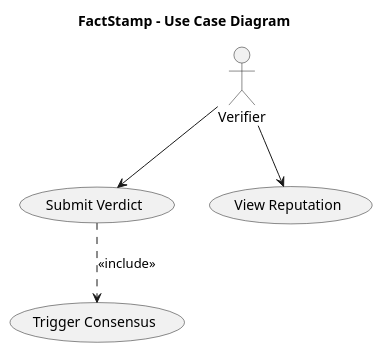
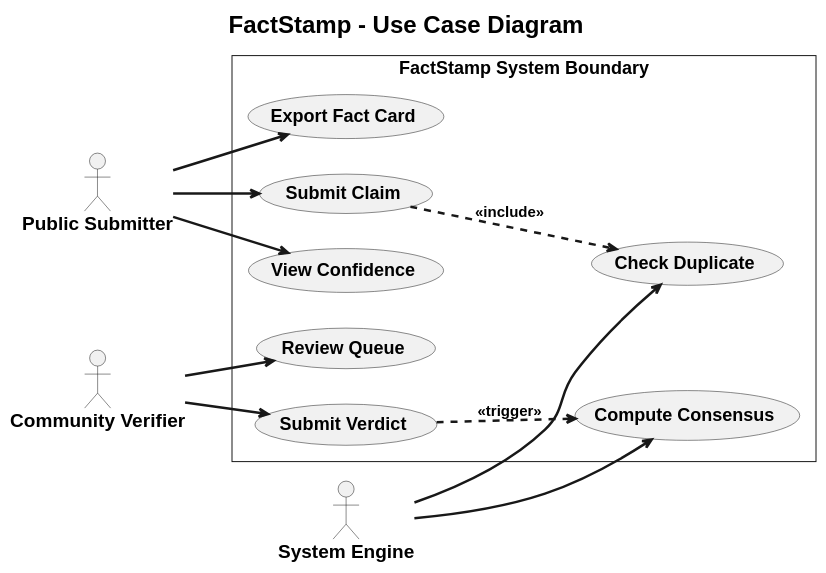
One commit to aadish0day/typst changed the tenth of 12 diagrams in FactStamp/Rules/Diagram-rules.md. Above: the diagram before and after it, drawn with PlantUML. The commit also changed other lines of this file and 67 other files, not shown here.

````diff
--- a/FactStamp/Rules/Diagram-rules.md
+++ b/FactStamp/Rules/Diagram-rules.md
@@ -334,19 +413,45 @@
 ```plantuml
 @startuml
 skinparam style strictuml
 skinparam monochrome true
-skinparam defaultFontName "Times New Roman"
+skinparam defaultFontName "Liberation Sans"
+skinparam defaultFontSize 18
+skinparam defaultFontStyle bold
+skinparam titleFontSize 24
+skinparam titleFontStyle bold
+skinparam ArrowThickness 2.5
+skinparam ArrowFontSize 15
+skinparam ArrowFontStyle bold
+skinparam UsecaseFontSize 18
+skinparam UsecaseFontStyle bold
+skinparam ActorFontSize 19
+skinparam ActorFontStyle bold
+
 title FactStamp - Use Case Diagram
-top to bottom direction
+left to right direction
 
-actor Verifier
+actor "Public Submitter" as User
+actor "Community Verifier" as Verifier
+actor "System Engine" as Engine
 
-usecase "Submit Verdict" as UC1
-usecase "View Reputation" as UC2
-usecase "Trigger Consensus" as UC3
+rectangle "FactStamp System Boundary" {
+  usecase "Submit Claim" as UC1
+  usecase "Check Duplicate" as UC2
+  usecase "View Confidence" as UC3
+  usecase "Export Fact Card" as UC4
+  usecase "Review Queue" as UC5
+  usecase "Submit Verdict" as UC6
+  usecase "Compute Consensus" as UC7
+}
 
-Verifier --> UC1
-Verifier --> UC2
-UC1 ..> UC3 : <<include>>
+User --> UC1
+User --> UC3
+User --> UC4
+UC1 ..> UC2 : <<include>>
+Verifier --> UC5
+Verifier --> UC6
+UC6 ..> UC7 : <<trigger>>
+Engine --> UC2
+Engine --> UC7
 @enduml
 ```
````
